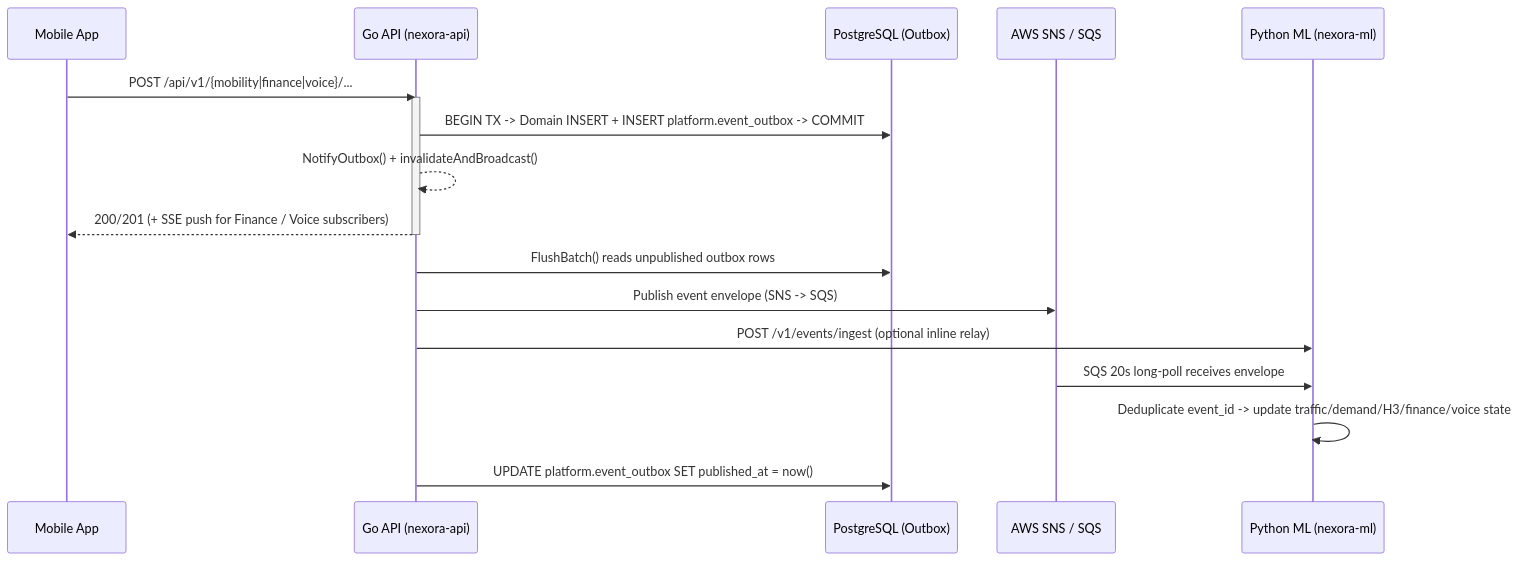
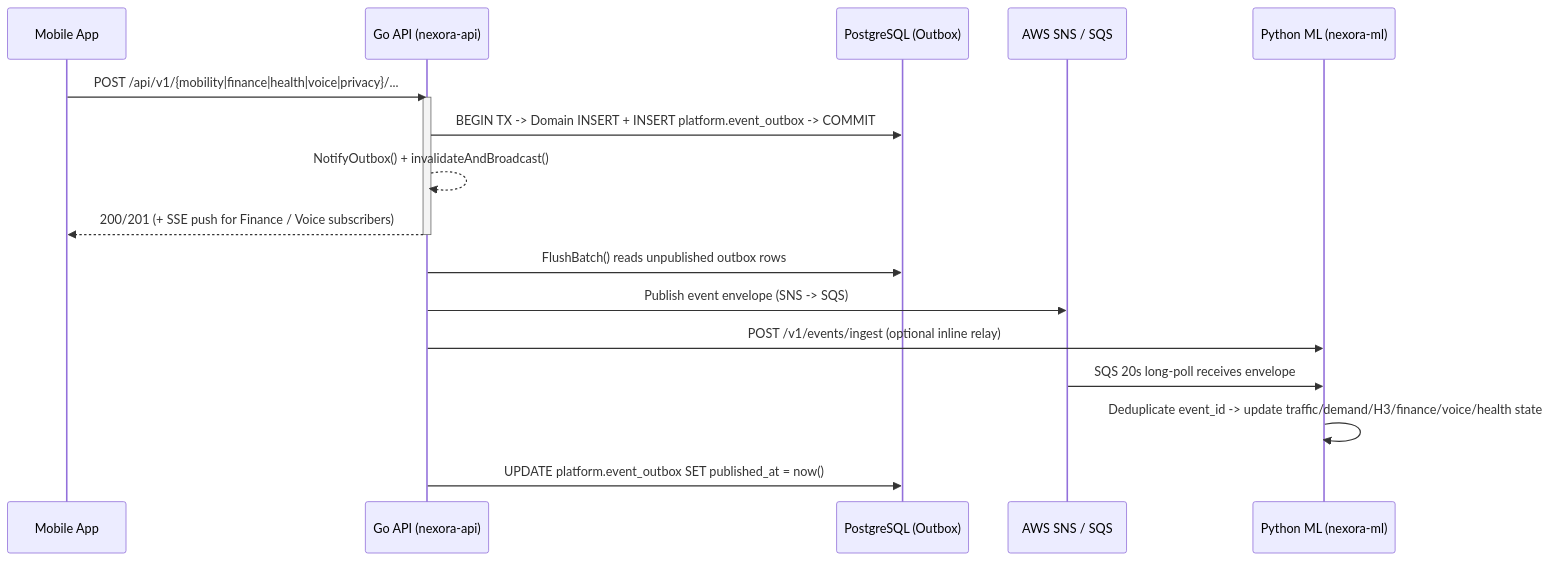
Before and after one commit to sahil0017/Nexora: the second of 2 diagrams in README.md, drawn with Mermaid. The commit also changed other lines of this file, not shown here.

Commit message:
docs(readme): document complete system design, security, health, privacy, and deployment architecture

````diff
--- a/README.md
+++ b/README.md
@@ -116,22 +130,22 @@
 ```mermaid
 sequenceDiagram
     participant App as Mobile App
     participant API as Go API (nexora-api)
     participant DB as PostgreSQL (Outbox)
     participant Bus as AWS SNS / SQS
     participant ML as Python ML (nexora-ml)
 
-    App->>API: POST /api/v1/{mobility|finance|voice}/...
+    App->>API: POST /api/v1/{mobility|finance|health|voice|privacy}/...
     activate API
     API->>DB: BEGIN TX -> Domain INSERT + INSERT platform.event_outbox -> COMMIT
     API-->>API: NotifyOutbox() + invalidateAndBroadcast()
     API-->>App: 200/201 (+ SSE push for Finance / Voice subscribers)
     deactivate API
 
     API->>DB: FlushBatch() reads unpublished outbox rows
     API->>Bus: Publish event envelope (SNS -> SQS)
     API->>ML: POST /v1/events/ingest (optional inline relay)
     Bus->>ML: SQS 20s long-poll receives envelope
-    ML->>ML: Deduplicate event_id -> update traffic/demand/H3/finance/voice state
+    ML->>ML: Deduplicate event_id -> update traffic/demand/H3/finance/voice/health state
     API->>DB: UPDATE platform.event_outbox SET published_at = now()
 ```
````
